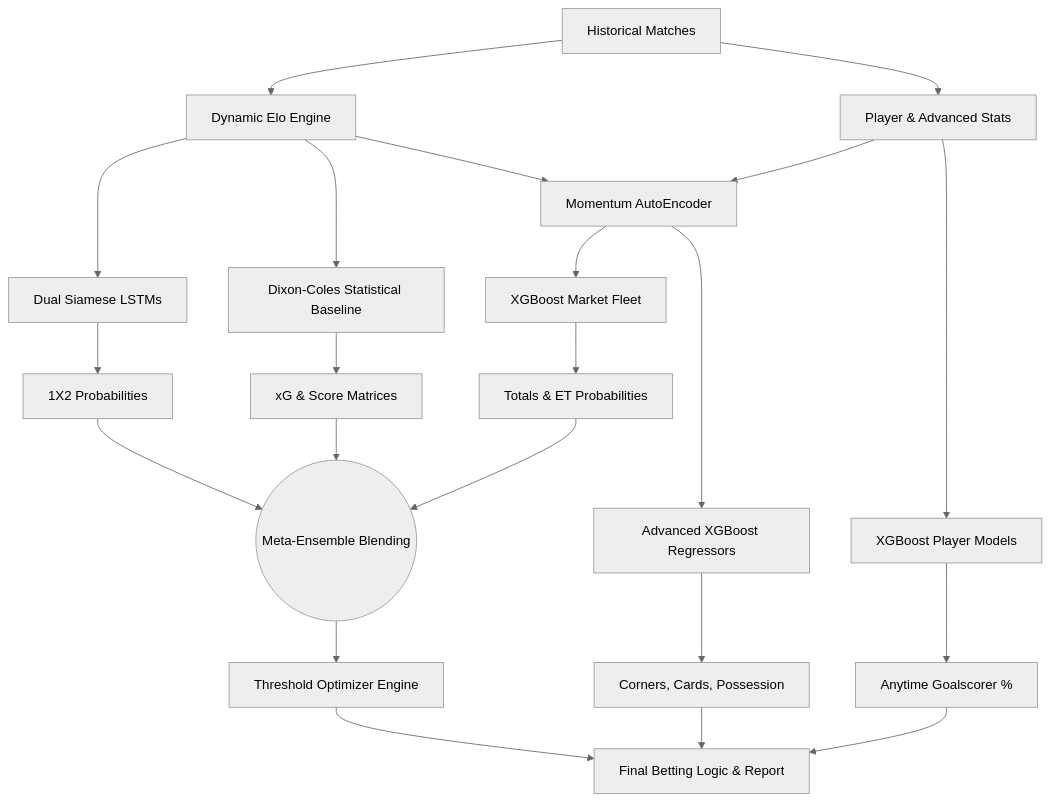
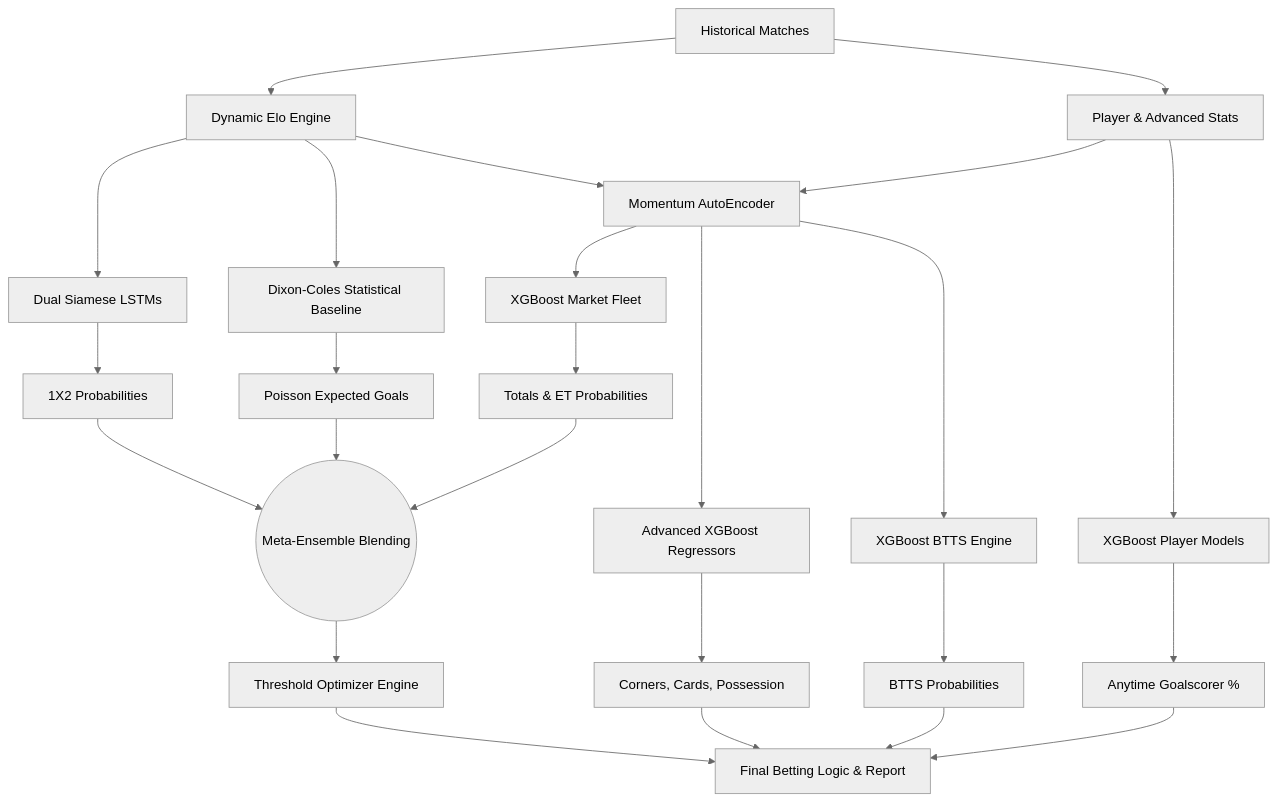
One commit to albertorblan06/FutPredict changed the diagram in README.md. Above: the diagram before and after it, drawn with Mermaid (neutral theme). The commit also changed other lines of this file and 37 other files, not shown here.

````diff
--- a/README.md
+++ b/README.md
@@ -37,30 +38,33 @@
 ```mermaid
 graph TD
     A[Historical Matches] --> B[Dynamic Elo Engine]
     A --> C[Player & Advanced Stats]
     
     B --> D[Dual Siamese LSTMs]
     B --> E[Dixon-Coles Statistical Baseline]
     B --> F[Momentum AutoEncoder]
     
     C --> F
     C --> P[XGBoost Player Models]
     
     F --> G[XGBoost Market Fleet]
     F --> X[Advanced XGBoost Regressors]
+    F --> Z[XGBoost BTTS Engine]
     
     D --> H[1X2 Probabilities]
-    E --> J[xG & Score Matrices]
+    E --> J[Poisson Expected Goals]
     G --> K[Totals & ET Probabilities]
+    Z --> W[BTTS Probabilities]
     P --> Q[Anytime Goalscorer %]
     X --> Y[Corners, Cards, Possession]
     
     H --> L((Meta-Ensemble Blending))
     J --> L
     K --> L
     
     L --> M[Threshold Optimizer Engine]
     M --> N[Final Betting Logic & Report]
     Q --> N
     Y --> N
+    W --> N
 ```
````
